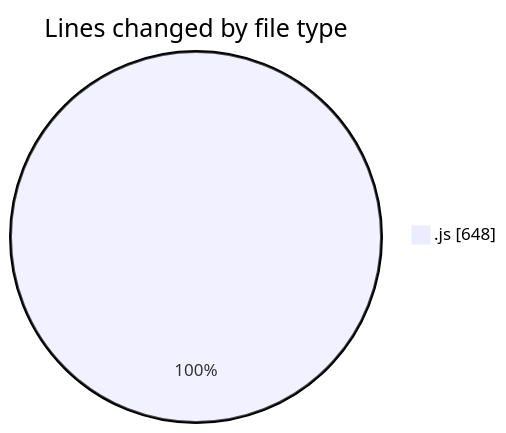
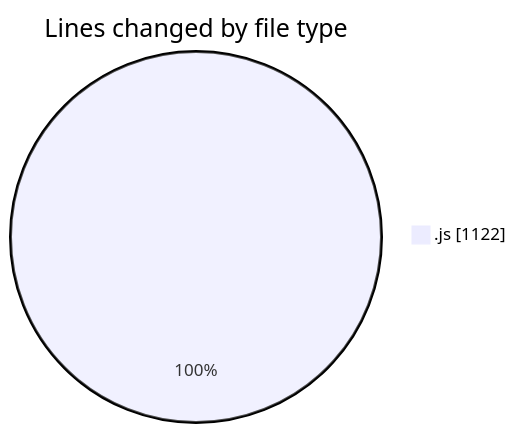
Before and after one commit to Ritupan-Deka/code-tracking: the first of 2 diagrams in 2025-07-28/javascript/README.md, drawn with Mermaid. The commit also changed other lines of this file and 1 other file, not shown here.

````diff
--- a/2025-07-28/javascript/README.md
+++ b/2025-07-28/javascript/README.md
@@ -20,5 +20,5 @@
 ```mermaid
 pie showData
 title Lines changed by file type
-".js" : 648
+".js" : 1122
 ```
````
